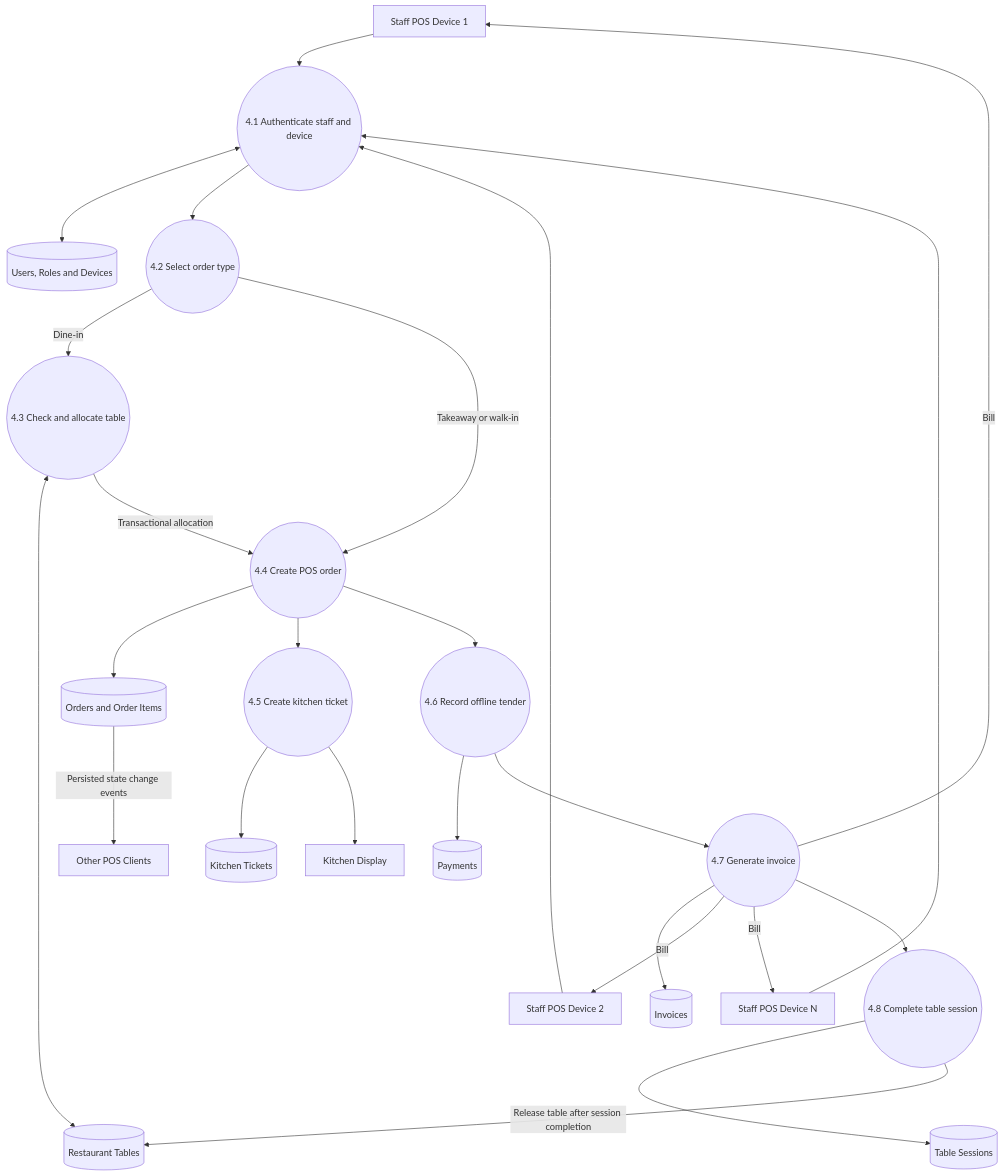
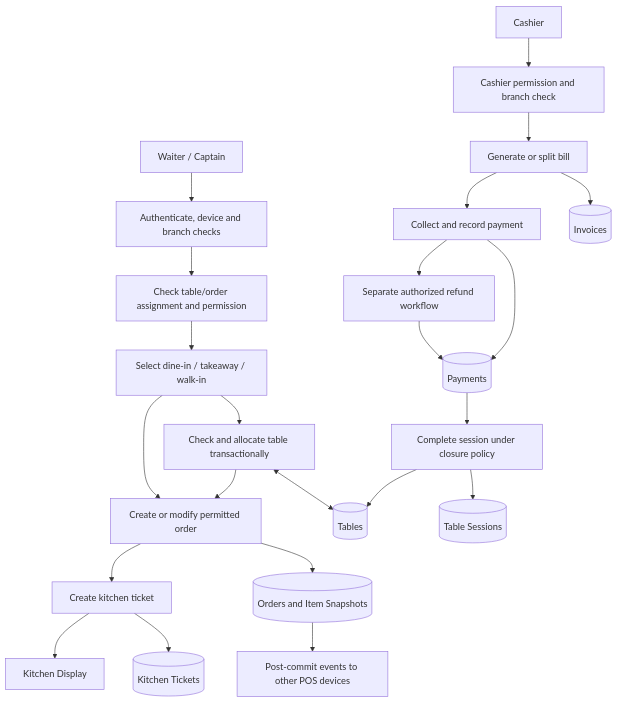
One commit to tammela-balakrishna/Mr.Biryani changed the fifth of 8 diagrams in backend/docs/data-flow-diagrams.md. Above: the diagram before and after it, drawn with Mermaid. The commit also changed other lines of this file, not shown here.

````diff
--- a/backend/docs/data-flow-diagrams.md
+++ b/backend/docs/data-flow-diagrams.md
@@ -220,57 +197,25 @@
 ```mermaid
 flowchart TD
-    POS1[Staff POS Device 1]
-    POS2[Staff POS Device 2]
-    POSN[Staff POS Device N]
-
-    P1((4.1 Authenticate staff and device))
-    P2((4.2 Select order type))
-    P3((4.3 Check and allocate table))
-    P4((4.4 Create POS order))
-    P5((4.5 Create kitchen ticket))
-    P6((4.6 Record offline tender))
-    P7((4.7 Generate invoice))
-    P8((4.8 Complete table session))
-
-    D1[(Users, Roles and Devices)]
-    D2[(Restaurant Tables)]
-    D3[(Orders and Order Items)]
-    D4[(Kitchen Tickets)]
-    D5[(Payments)]
-    D6[(Invoices)]
-    D7[(Table Sessions)]
-
-    K[Kitchen Display]
-    LIVE[Other POS Clients]
-
-    POS1 --> P1
-    POS2 --> P1
-    POSN --> P1
-    P1 <--> D1
-    P1 --> P2
-
-    P2 -->|Dine-in| P3
-    P2 -->|Takeaway or walk-in| P4
-    P3 <--> D2
-    P3 -->|Transactional allocation| P4
-
-    P4 --> D3
-    P4 --> P5
-    P5 --> D4
-    P5 --> K
-
-    P4 --> P6
-    P6 --> D5
-    P6 --> P7
-    P7 --> D6
-
-    P7 -->|Bill| POS1
-    P7 -->|Bill| POS2
-    P7 -->|Bill| POSN
-
-    P7 --> P8
-    P8 --> D7
-    P8 -->|Release table after session completion| D2
-
-    D3 -->|Persisted state change events| LIVE
+    W[Waiter / Captain] --> AUTH[Authenticate, device and branch checks]
+    AUTH --> ASSIGN[Check table/order assignment and permission]
+    ASSIGN --> TYPE[Select dine-in / takeaway / walk-in]
+    TYPE --> TABLE[Check and allocate table transactionally]
+    TABLE <--> T[(Tables)]
+    TYPE --> ORDER[Create or modify permitted order]
+    TABLE --> ORDER
+    ORDER --> O[(Orders and Item Snapshots)]
+    ORDER --> K[Create kitchen ticket]
+    K --> KT[(Kitchen Tickets)]
+    K --> DISPLAY[Kitchen Display]
+    CA[Cashier] --> CASH[Cashier permission and branch check]
+    CASH --> BILL[Generate or split bill]
+    BILL --> INV[(Invoices)]
+    BILL --> TENDER[Collect and record payment]
+    TENDER --> PAY[(Payments)]
+    TENDER --> REFUND[Separate authorized refund workflow]
+    REFUND --> PAY
+    PAY --> CLOSE[Complete session under closure policy]
+    CLOSE --> TS[(Table Sessions)]
+    CLOSE --> T
+    O --> EVENTS[Post-commit events to other POS devices]
 ```
````
